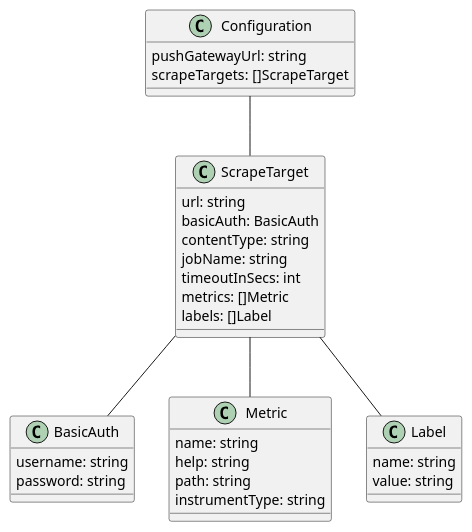
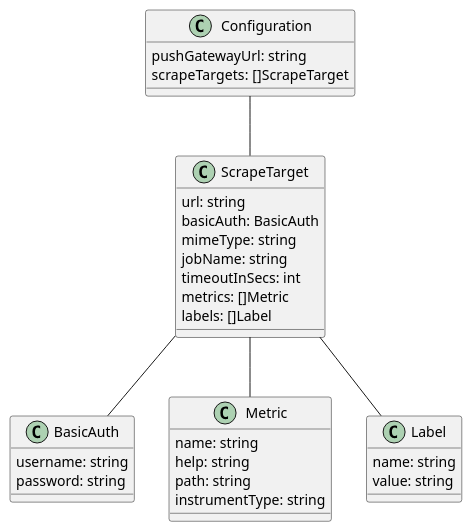
One commit to ndlarsen/prometheus-metrics-exporter changed the diagram in configuration_overview.puml. Above: the diagram before and after it, drawn with PlantUML. The commit also changed 2 other files, not shown here.

```diff
--- a/configuration_overview.puml
+++ b/configuration_overview.puml
@@ -1,44 +1,44 @@
 @startuml
 
 class Configuration {
     pushGatewayUrl: string
     scrapeTargets: []ScrapeTarget
 
 }
 
 class ScrapeTarget {
     url: string
     basicAuth: BasicAuth
-    contentType: string
+    mimeType: string
     jobName: string
     timeoutInSecs: int
     metrics: []Metric
     labels: []Label
 }
 
 Configuration -- ScrapeTarget
 
 class BasicAuth {
     username: string
     password: string
 }
 
 ScrapeTarget -- BasicAuth
 
 class Metric {
     name: string
     help: string
     path: string
     instrumentType: string
 }
 
 ScrapeTarget -- Metric
 
 class Label {
     name: string
     value: string
 }
 
 ScrapeTarget -- Label
 
 @enduml
```
